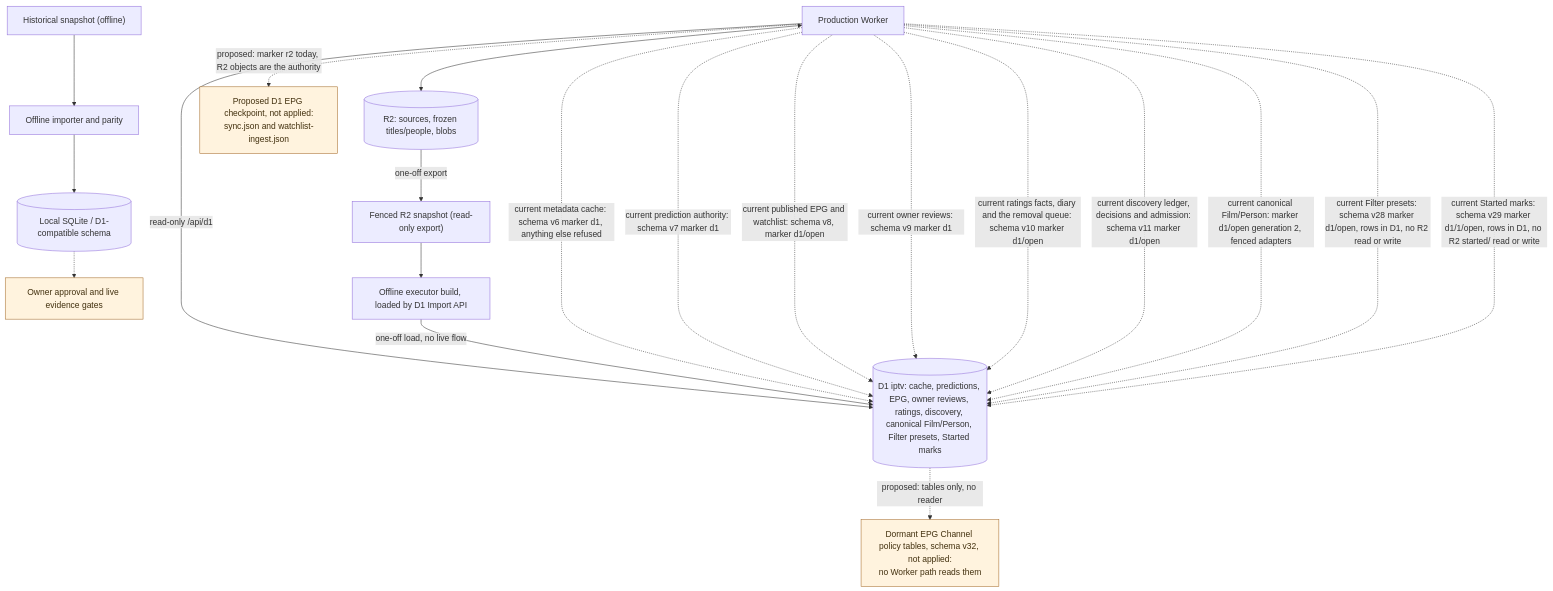
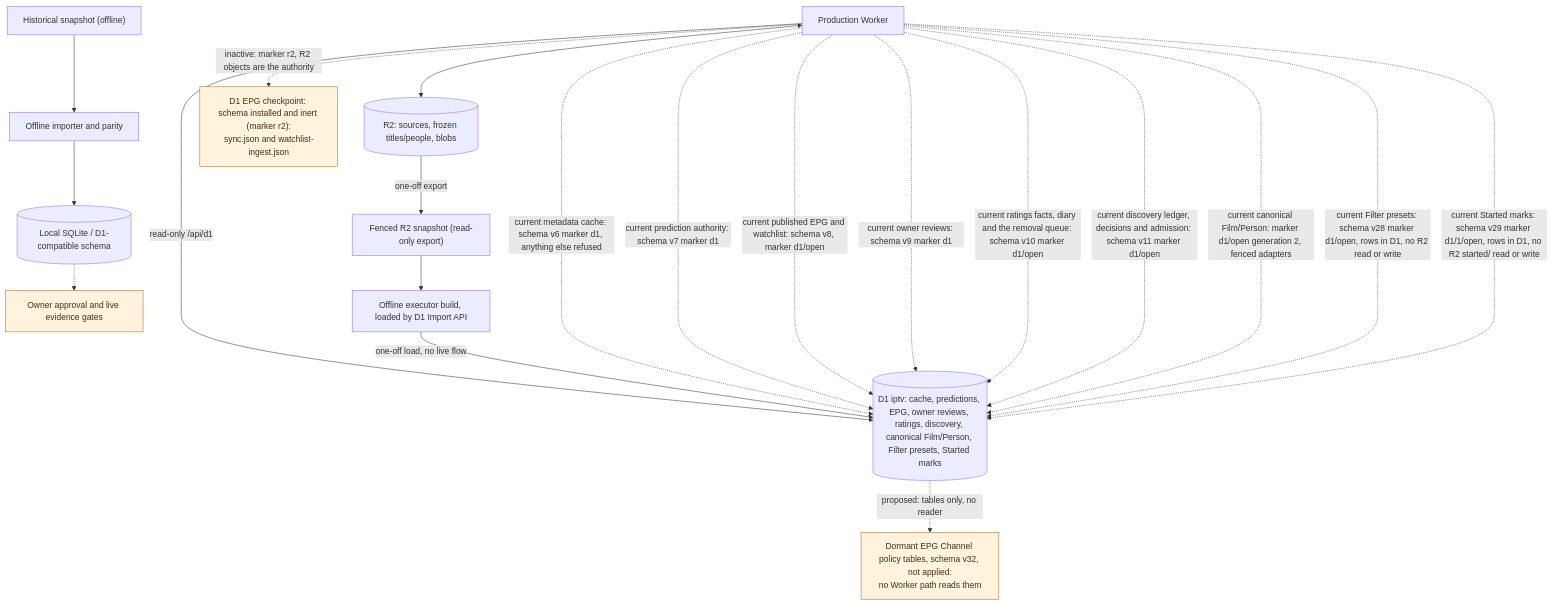
Before and after one commit to vladimino/iptv-watchlist: the diagram in docs/architecture/persistence-and-migration.md, drawn with Mermaid. The commit also changed other lines of this file and 7 other files, not shown here.

First line of the commit message:
docs(air-551): record the 0030 apply (schema 30, marker r2) and correct the GO/no-GO page (#855)

````diff
--- a/docs/architecture/persistence-and-migration.md
+++ b/docs/architecture/persistence-and-migration.md
@@ -7,32 +7,32 @@
 ```mermaid
 flowchart TD
     worker["Production Worker"]
     r2[("R2: sources, frozen titles/people, blobs")]
     archive["Historical snapshot (offline)"]
     importer["Offline importer and parity"]
     local[("Local SQLite / D1-compatible schema")]
     gate["Owner approval and live evidence gates"]
     snapshot["Fenced R2 snapshot (read-only export)"]
     reload["Offline executor build, loaded by D1 Import API"]
     d1[("D1 iptv: cache, predictions, EPG, owner reviews, ratings, discovery, canonical Film/Person, Filter presets, Started marks")]
     worker <--> r2
     worker -->|read-only /api/d1| d1
     archive --> importer --> local
     local -.-> gate
     r2 -->|one-off export| snapshot --> reload -->|one-off load, no live flow| d1
     worker -.->|current metadata cache: schema v6 marker d1, anything else refused| d1
     worker -.->|current prediction authority: schema v7 marker d1| d1
     worker -.->|current published EPG and watchlist: schema v8, marker d1/open| d1
     worker -.->|current owner reviews: schema v9 marker d1| d1
     worker -.->|current ratings facts, diary and the removal queue: schema v10 marker d1/open| d1
     worker -.->|current discovery ledger, decisions and admission: schema v11 marker d1/open| d1
     worker -.->|current canonical Film/Person: marker d1/open generation 2, fenced adapters| d1
     worker -.->|current Filter presets: schema v28 marker d1/open, rows in D1, no R2 read or write| d1
     worker -.->|current Started marks: schema v29 marker d1/1/open, rows in D1, no R2 started/ read or write| d1
-    epgcp["Proposed D1 EPG checkpoint, not applied:<br/>sync.json and watchlist-ingest.json"]
-    worker -.->|"proposed: marker r2 today, R2 objects are the authority"| epgcp
+    epgcp["D1 EPG checkpoint: schema installed and inert (marker r2):<br/>sync.json and watchlist-ingest.json"]
+    worker -.->|"inactive: marker r2, R2 objects are the authority"| epgcp
     chan["Dormant EPG Channel policy tables, schema v32, not applied:<br/>no Worker path reads them"]
     d1 -.->|"proposed: tables only, no reader"| chan
     classDef future fill:#fff3de,stroke:#a56c2b,color:#42300e
     class gate,epgcp,chan future
 ```
````
